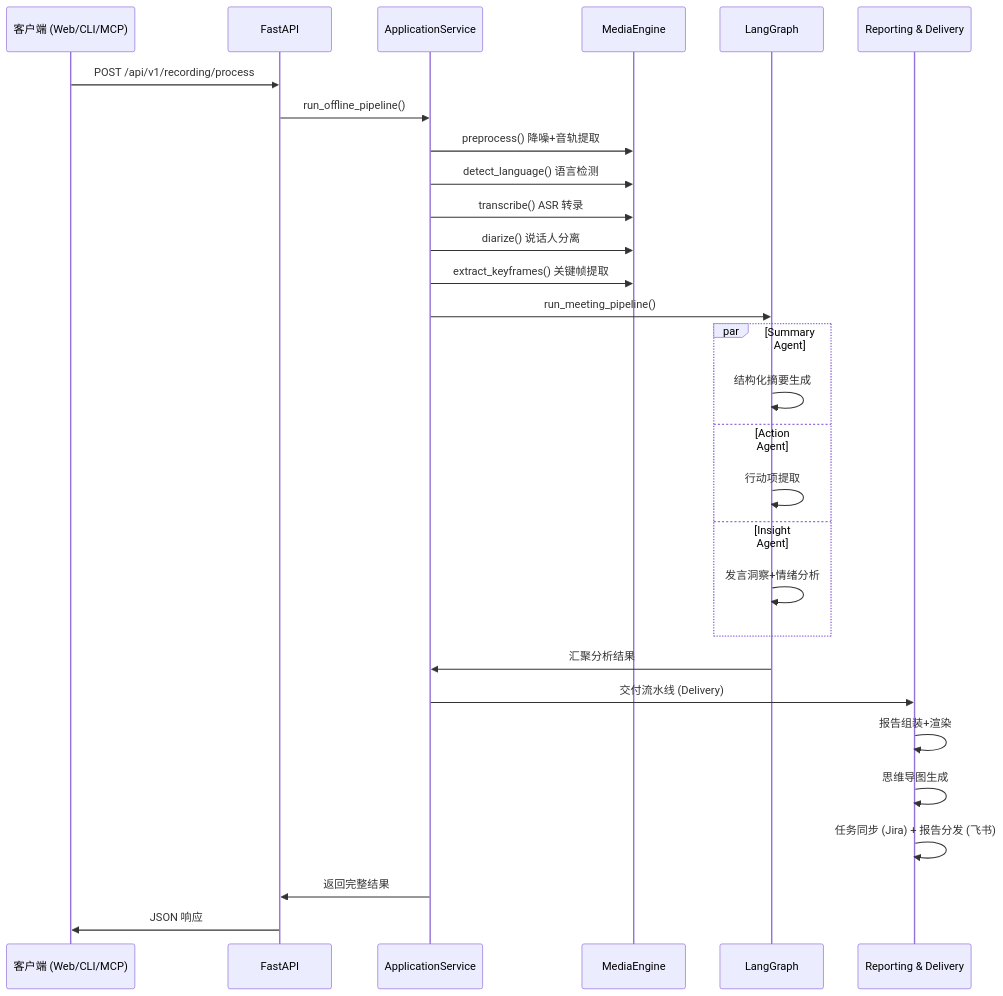
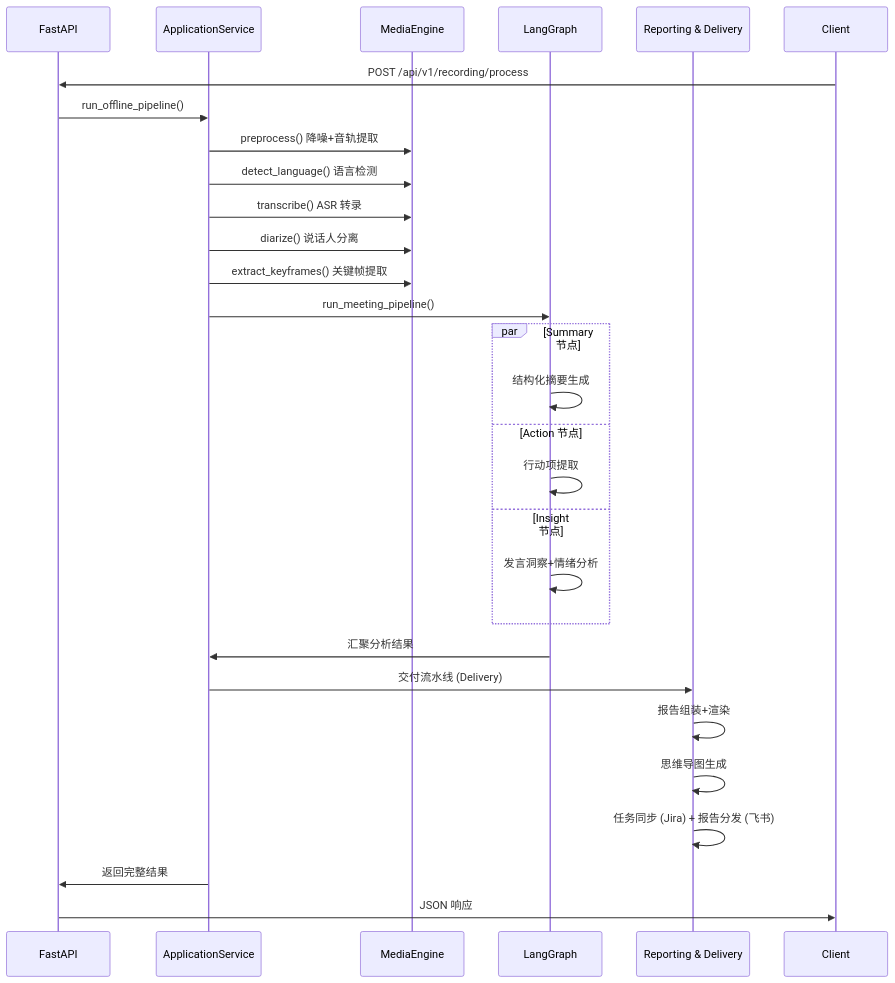
One commit to drfgjko/smartmeet-agent-suite changed the second of 5 diagrams in docs/architecture.md. Above: the diagram before and after it, drawn with Mermaid. The commit also changed other lines of this file and 4 other files, not shown here.

````diff
--- a/docs/architecture.md
+++ b/docs/architecture.md
@@ -170,37 +168,36 @@
 ```mermaid
 sequenceDiagram
-    participant Client as 客户端 (Web/CLI/MCP)
     participant API as FastAPI
     participant App as ApplicationService
     participant Media as MediaEngine
     participant Graph as LangGraph
     participant Services as Reporting & Delivery
 
     Client->>API: POST /api/v1/recording/process
     API->>App: run_offline_pipeline()
     
     App->>Media: preprocess() 降噪+音轨提取
     App->>Media: detect_language() 语言检测
     App->>Media: transcribe() ASR 转录
     App->>Media: diarize() 说话人分离
     App->>Media: extract_keyframes() 关键帧提取
 
     App->>Graph: run_meeting_pipeline()
     
-    par Summary Agent
+    par Summary 节点
         Graph->>Graph: 结构化摘要生成
-    and Action Agent
+    and Action 节点
         Graph->>Graph: 行动项提取
-    and Insight Agent
+    and Insight 节点
         Graph->>Graph: 发言洞察+情绪分析
     end
 
     Graph->>App: 汇聚分析结果
     App->>Services: 交付流水线 (Delivery)
     Services->>Services: 报告组装+渲染
     Services->>Services: 思维导图生成
     Services->>Services: 任务同步 (Jira) + 报告分发 (飞书)
 
     App->>API: 返回完整结果
     API->>Client: JSON 响应
 ```
````
